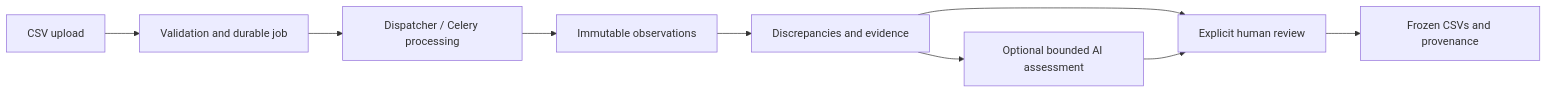
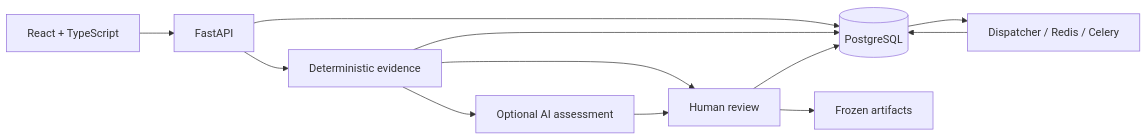
The diagram in README.md (iayushmahajan/File-Intake-Data-Quality-Platform), drawn with Mermaid before and after one commit. The commit also changed other lines of this file and 2 other files, not shown here.

````diff
--- a/README.md
+++ b/README.md
@@ -95,11 +56,14 @@
 ```mermaid
 flowchart LR
-    CSV[CSV upload] --> Job[Validation and durable job]
-    Job --> Worker[Dispatcher / Celery processing]
-    Worker --> Observations[Immutable observations]
-    Observations --> Evidence[Discrepancies and evidence]
-    Evidence --> Review[Explicit human review]
-    Evidence --> AI[Optional bounded AI assessment]
+    UI[React + TypeScript] --> API[FastAPI]
+    API --> DB[(PostgreSQL)]
+    DB --> Worker[Dispatcher / Redis / Celery]
+    Worker --> DB
+    API --> Evidence[Deterministic evidence]
+    Evidence --> DB
+    Evidence --> AI[Optional AI assessment]
+    Evidence --> Review[Human review]
     AI --> Review
-    Review --> Export[Frozen CSVs and provenance]
+    Review --> DB
+    Review --> Export[Frozen artifacts]
 ```
````
